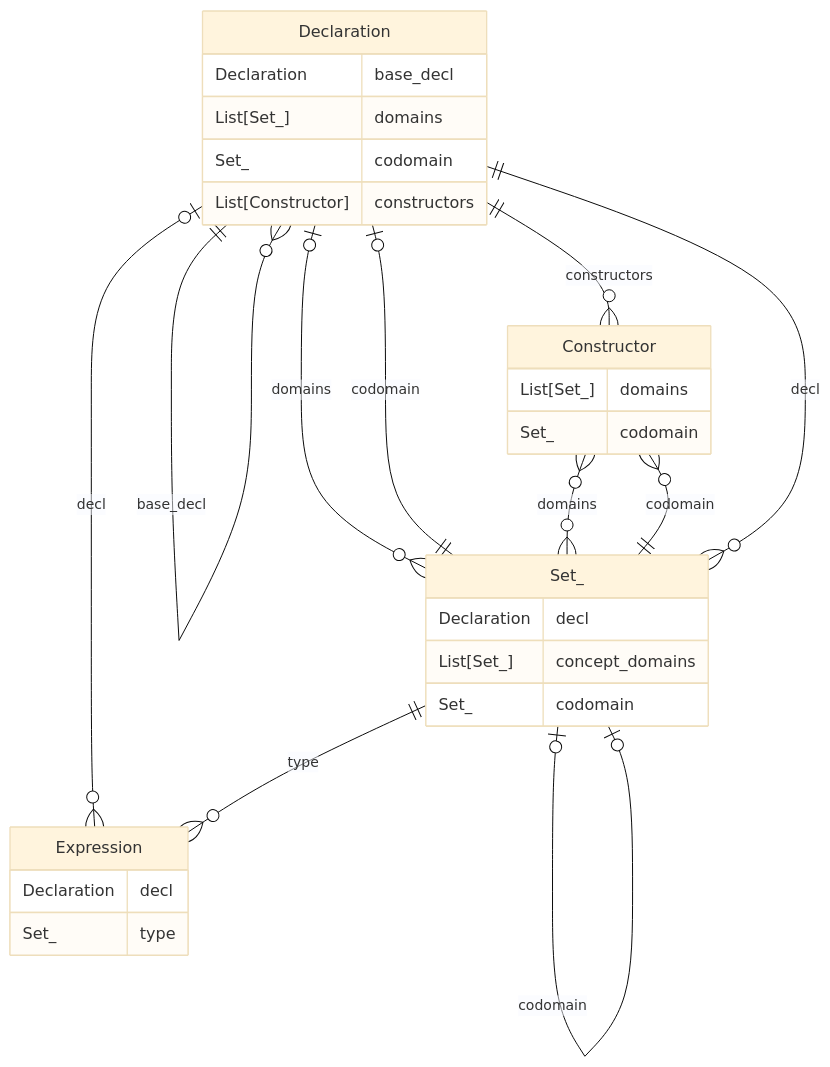
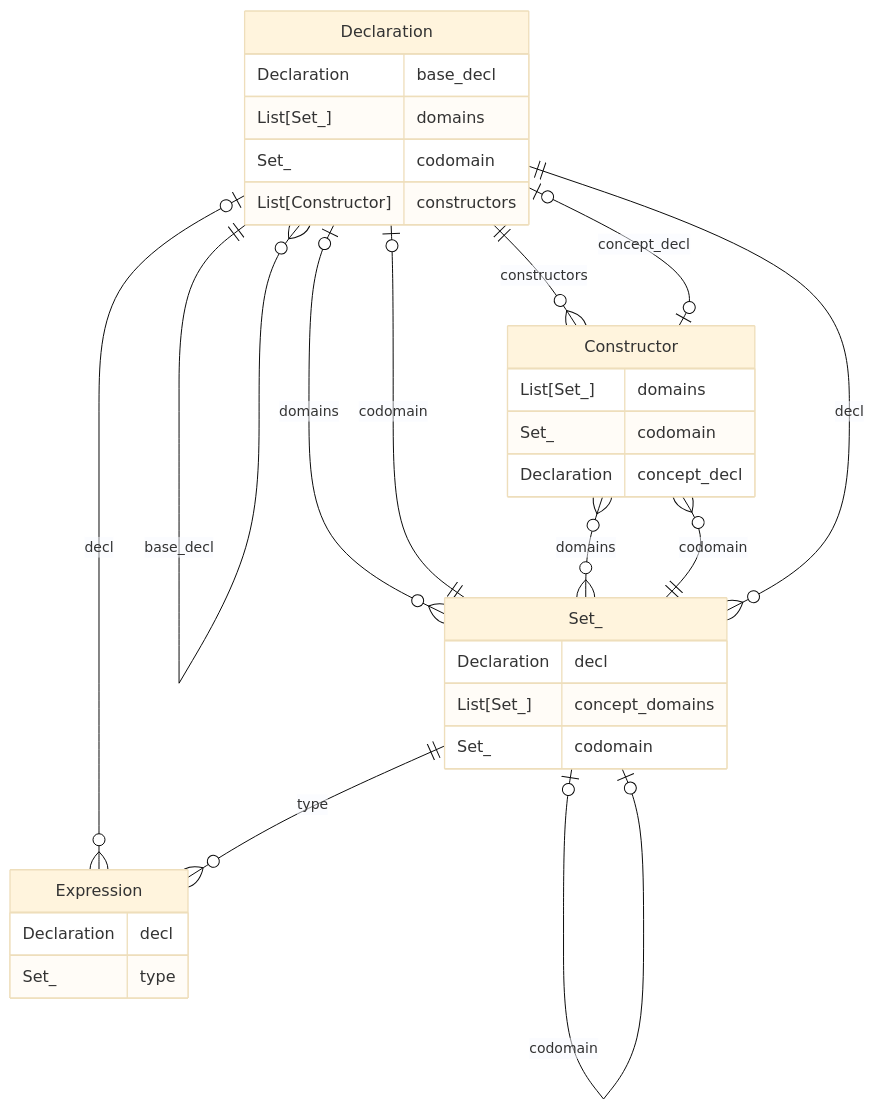
One commit to Sobhangh/IDP-Z3 changed the diagram in idp_engine/Diagrams.md. Above: the diagram before and after it, drawn with Mermaid (base theme). The commit also changed 4 other files, not shown here.

Commit message:
Constructor.concept_decl

````diff
--- a/idp_engine/Diagrams.md
+++ b/idp_engine/Diagrams.md
@@ -8,34 +8,36 @@
 ```mermaid
 erDiagram
     Declaration ||--o{ Declaration : base_decl
     Set_ }o--|| Declaration: decl
     Declaration |o--o{ Set_ : domains
     Declaration |o--|| Set_: codomain
     Declaration |o--o{ Expression: decl
     Set_ |o--o{ Set_: concept_domains
     Set_ |o--o| Set_: codomain
     Set_ ||--o{ Expression: type
     Constructor }o--o{ Set_ : domains
     Constructor }o--|| Set_ : codomain
+    Constructor |o--o| Declaration: concept_decl
     Declaration ||--o{ Constructor: constructors
 
     Declaration {
         Declaration base_decl
         List[Set_] domains
         Set_ codomain
         List[Constructor] constructors
     }
     Set_ {
         Declaration decl
         List[Set_] concept_domains
         Set_ codomain
     }
     Expression {
         Declaration decl
         Set_ type
     }
     Constructor {
         List[Set_] domains
         Set_ codomain
+        Declaration concept_decl
     }
 ```
````
